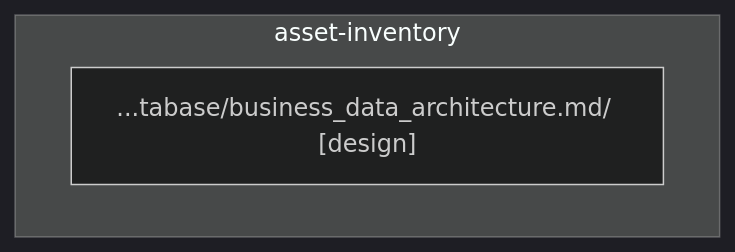
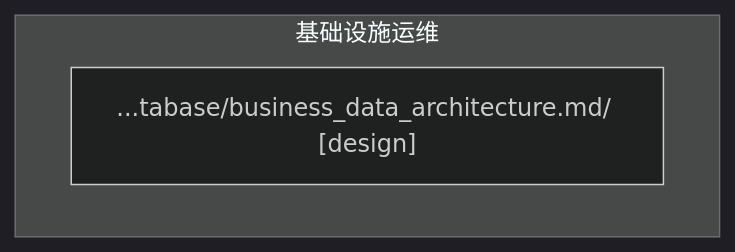
Before and after one commit to xuanFelixVan/ZephyrAlpha: the diagram in docs/02_enterprise_architecture/generated/domains/d_infra_ops_dependency.mmd, drawn with Mermaid (dark theme). The commit also changed 112 other files, not shown here.

```diff
--- a/docs/02_enterprise_architecture/generated/domains/d_infra_ops_dependency.mmd
+++ b/docs/02_enterprise_architecture/generated/domains/d_infra_ops_dependency.mmd
@@ -1,22 +1,22 @@
 %% D_INFRA_OPS 域全景依赖图
-%% 生成时间: 2026-07-19 03:32:56
+%% 生成时间: 2026-07-19 03:35:44
 %% 数据源: depgraph (PostgreSQL) nodes表 + edges表
 %% 模块数: 1, 依赖边数: 0
 
 graph TD
 
     %% 域内模块（最多显示 100 个）
-    subgraph D_INFRA_OPS[asset-inventory]
+    subgraph D_INFRA_OPS[基础设施运维]
         docs_03_modules__cross_layer_d___iness_data_architecture_md_["...tabase/business_data_architecture.md/ [design]"]
     end
 
     %% 域内依赖（最多显示 80 条）
 
     %% 跨域依赖（入）- 最多显示 30 条
 
     %% 跨域依赖（出）- 最多显示 30 条
 
     %% 统计
     %% 域内依赖: 0 条
     %% 跨域入边: 0 条
     %% 跨域出边: 0 条
```
